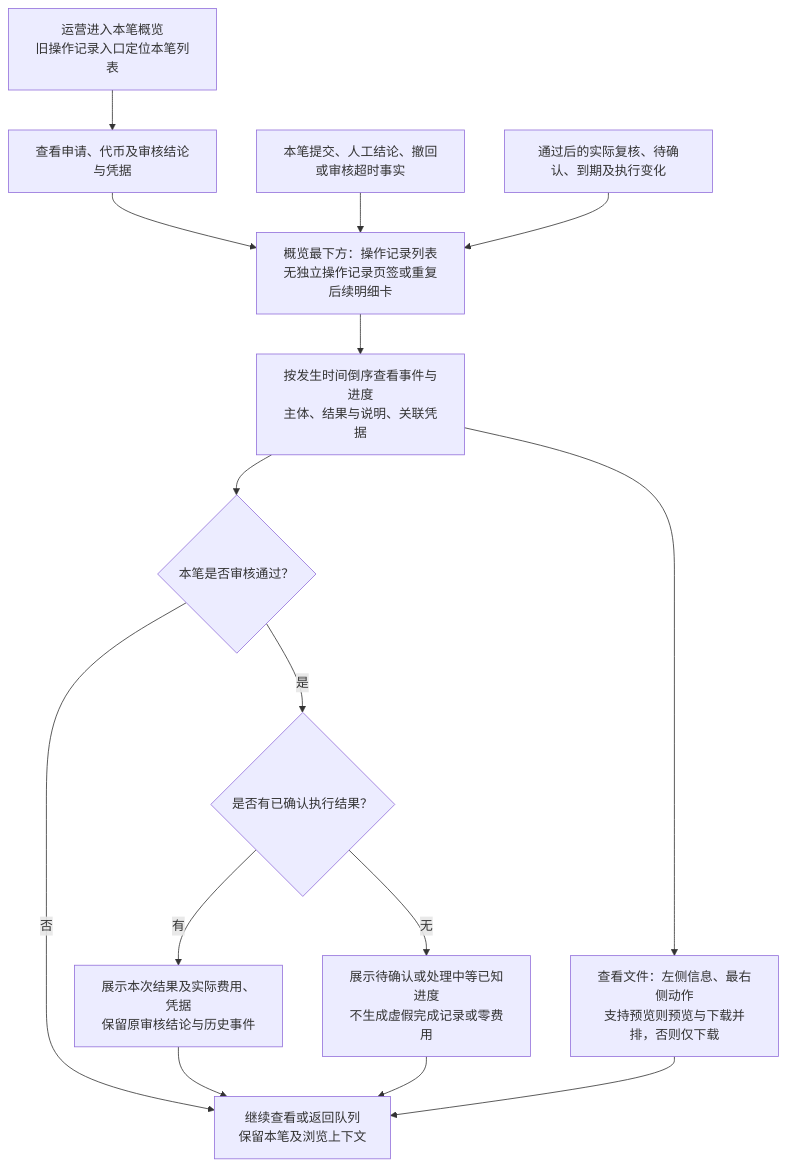
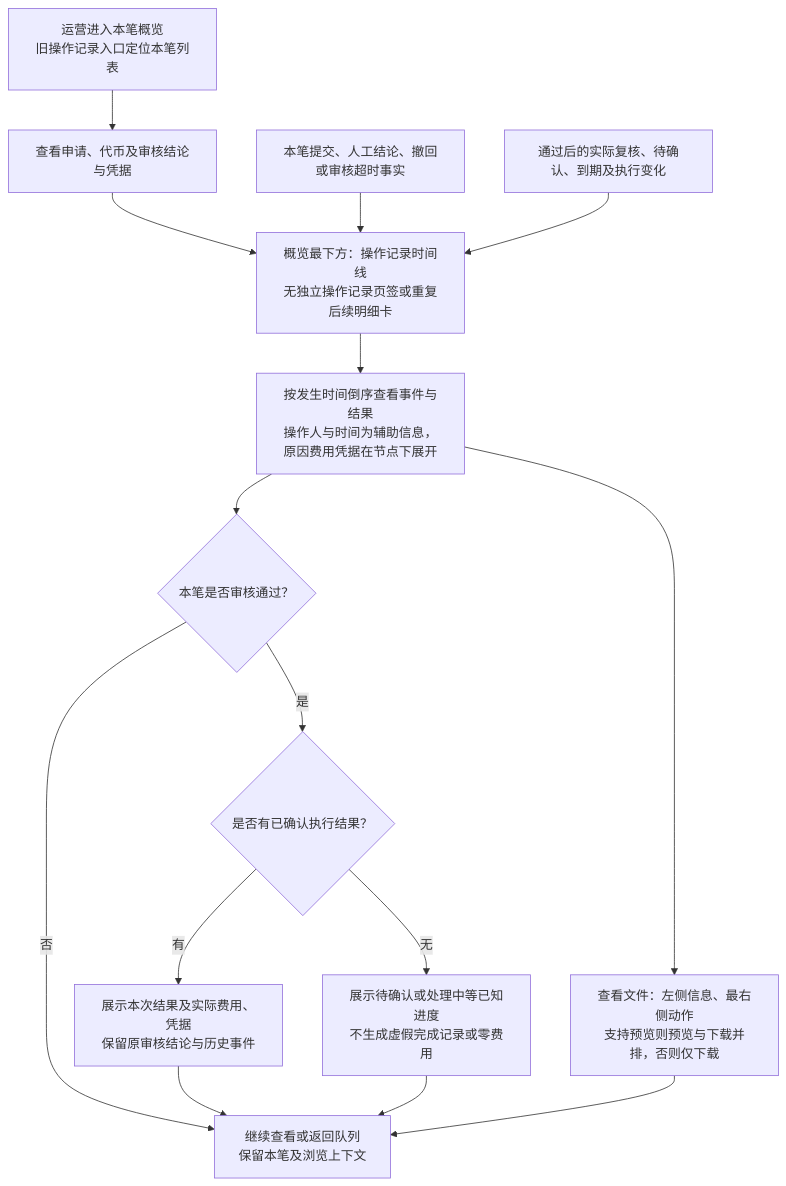
One commit to wxblockchain/Chain-Financing changed the fourth of 6 diagrams in lending-platform/PRD/v1.0-代币质押审核/v1.0-代币质押审核-流程图与状态机.md. Above: the diagram before and after it, drawn with Mermaid. The commit also changed other lines of this file and 2 other files, not shown here.

````diff
--- a/lending-platform/PRD/v1.0-代币质押审核/v1.0-代币质押审核-流程图与状态机.md
+++ b/lending-platform/PRD/v1.0-代币质押审核/v1.0-代币质押审核-流程图与状态机.md
@@ -102,17 +102,17 @@
 ```mermaid
 flowchart TD
   A["运营进入本笔概览<br/>旧操作记录入口定位本笔列表"] --> B["查看申请、代币及审核结论与凭据"]
-  B --> C["概览最下方：操作记录列表<br/>无独立操作记录页签或重复后续明细卡"]
+  B --> C["概览最下方：操作记录时间线<br/>无独立操作记录页签或重复后续明细卡"]
   D["本笔提交、人工结论、撤回或审核超时事实"] --> C
   E["通过后的实际复核、待确认、到期及执行变化"] --> C
-  C --> F["按发生时间倒序查看事件与进度<br/>主体、结果与说明、关联凭据"]
+  C --> F["按发生时间倒序查看事件与结果<br/>操作人与时间为辅助信息，原因费用凭据在节点下展开"]
   F --> R{"本笔是否审核通过？"}
   R -- "否" --> K["继续查看或返回队列<br/>保留本笔及浏览上下文"]
   R -- "是" --> G{"是否有已确认执行结果？"}
   G -- "有" --> H["展示本次结果及实际费用、凭据<br/>保留原审核结论与历史事件"]
   G -- "无" --> I["展示待确认或处理中等已知进度<br/>不生成虚假完成记录或零费用"]
   F --> J["查看文件：左侧信息、最右侧动作<br/>支持预览则预览与下载并排，否则仅下载"]
   H --> K
   I --> K
   J --> K
 ```
````
